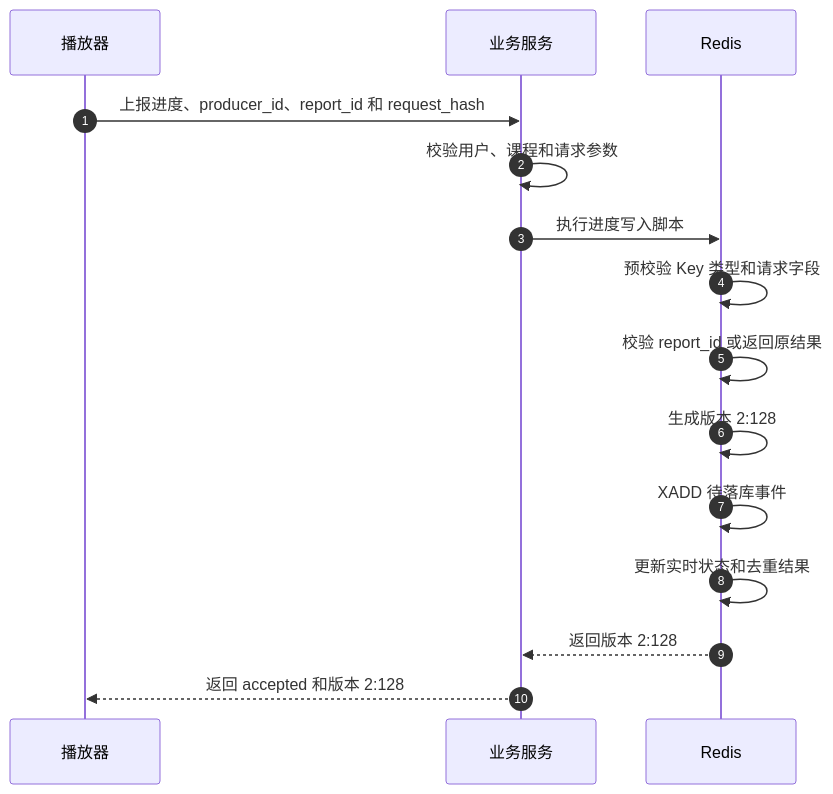
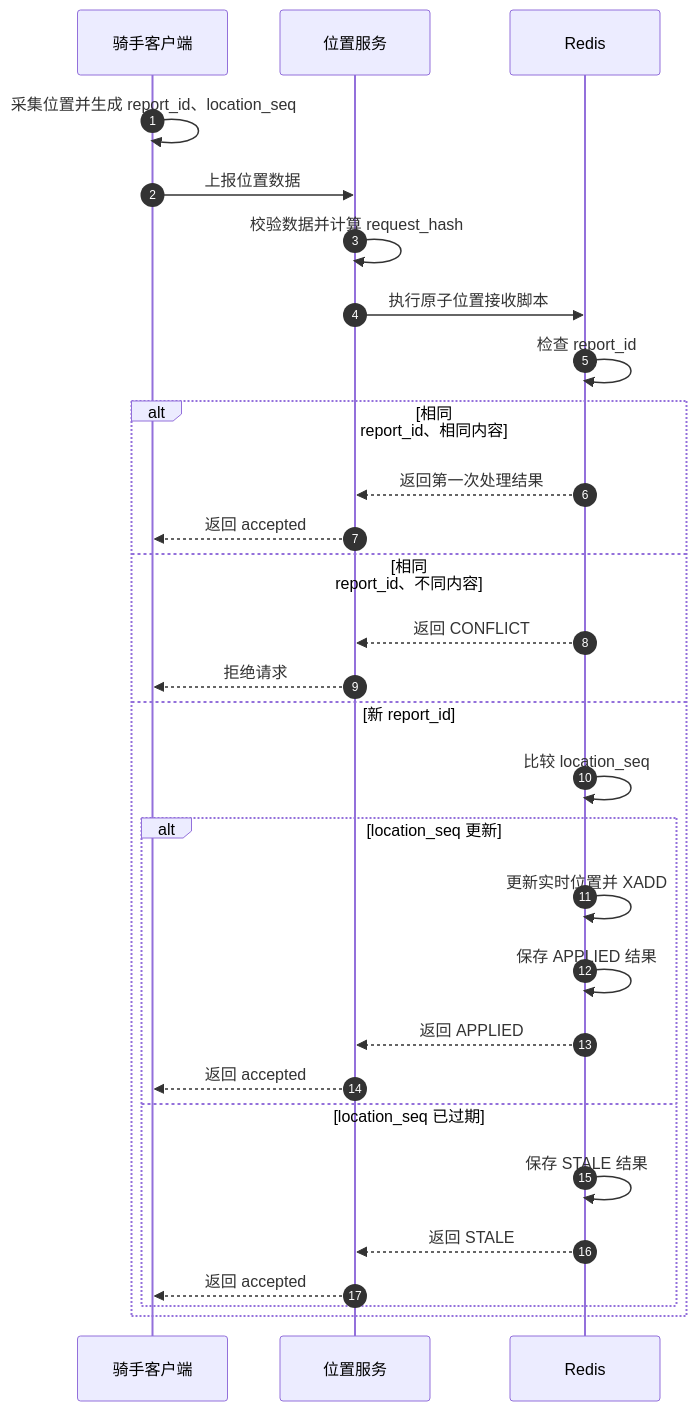
One commit to zdl20251023-pixel/agent-frame changed diagram 24 of 27 in docs/redis/126-redis-4种缓存模式-分享版-极简版.md. Above: the diagram before and after it, drawn with Mermaid. The commit also changed other lines of this file, not shown here.

Commit message:
redis 四大缓存模式 简化版本

````diff
--- a/docs/redis/126-redis-4种缓存模式-分享版-极简版.md
+++ b/docs/redis/126-redis-4种缓存模式-分享版-极简版.md
@@ -1163,20 +1229,35 @@
 ```mermaid
 sequenceDiagram
     autonumber
-    participant Client as 播放器
-    participant Service as 业务服务
+
+    participant Rider as 骑手客户端
+    participant Service as 位置服务
     participant Redis as Redis
 
-    Client->>Service: 上报进度、producer_id、report_id 和 request_hash
-    Service->>Service: 校验用户、课程和请求参数
+    Rider->>Rider: 采集位置并生成 report_id、location_seq
+    Rider->>Service: 上报位置数据
+    Service->>Service: 校验数据并计算 request_hash
+    Service->>Redis: 执行原子位置接收脚本
+    Redis->>Redis: 检查 report_id
 
-    Service->>Redis: 执行进度写入脚本
-    Redis->>Redis: 预校验 Key 类型和请求字段
-    Redis->>Redis: 校验 report_id 或返回原结果
-    Redis->>Redis: 生成版本 2:128
-    Redis->>Redis: XADD 待落库事件
-    Redis->>Redis: 更新实时状态和去重结果
-    Redis-->>Service: 返回版本 2:128
+    alt 相同 report_id、相同内容
+        Redis-->>Service: 返回第一次处理结果
+        Service-->>Rider: 返回 accepted
+    else 相同 report_id、不同内容
+        Redis-->>Service: 返回 CONFLICT
+        Service-->>Rider: 拒绝请求
+    else 新 report_id
+        Redis->>Redis: 比较 location_seq
 
-    Service-->>Client: 返回 accepted 和版本 2:128
+        alt location_seq 更新
+            Redis->>Redis: 更新实时位置并 XADD
+            Redis->>Redis: 保存 APPLIED 结果
+            Redis-->>Service: 返回 APPLIED
+            Service-->>Rider: 返回 accepted
+        else location_seq 已过期
+            Redis->>Redis: 保存 STALE 结果
+            Redis-->>Service: 返回 STALE
+            Service-->>Rider: 返回 accepted
+        end
+    end
 ```
````
